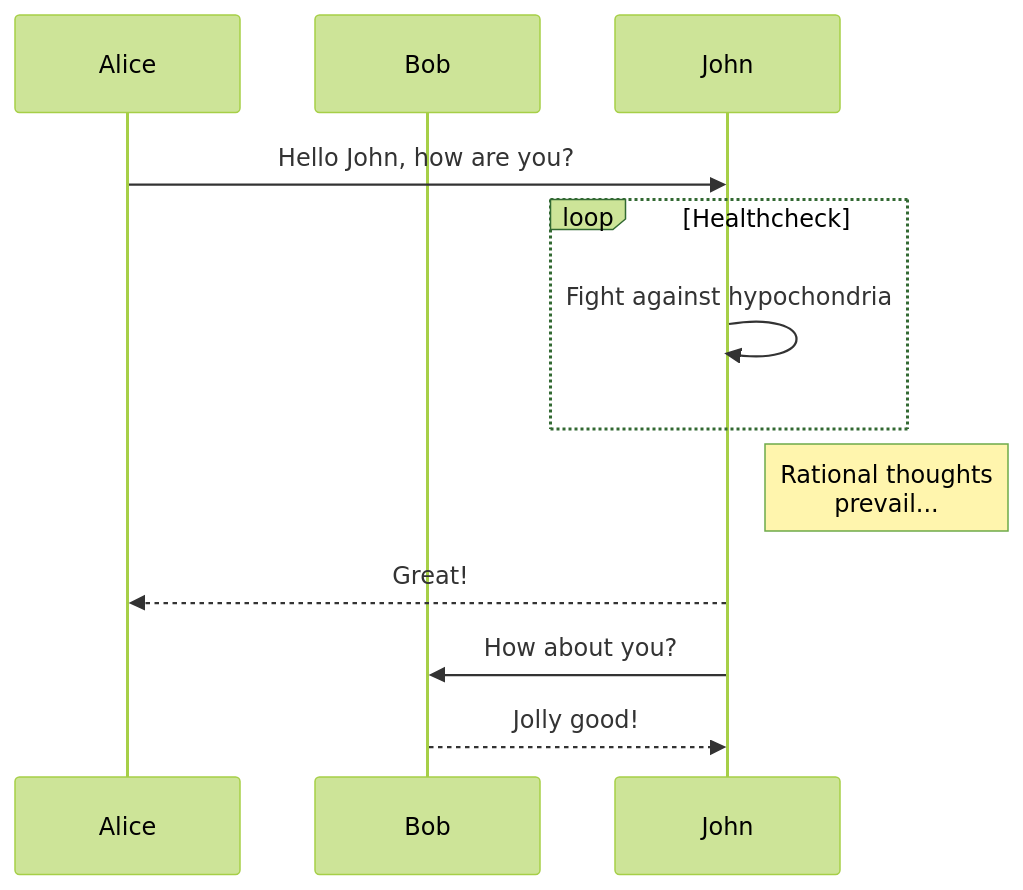
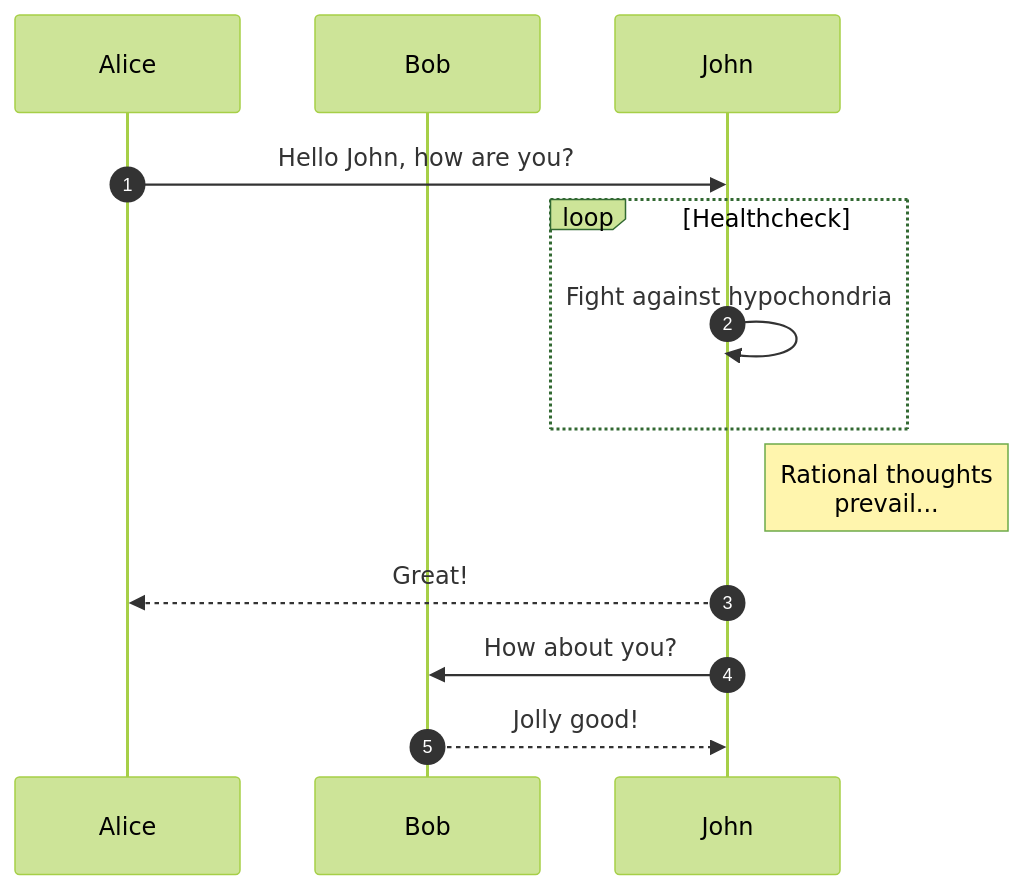
Diagram 33 of 33 in posts/2021/2021-12-09-mermaid-sequence-diagram.md (PasseRR/passerr.github.io), drawn with Mermaid (forest theme) before and after one commit. The commit also changed other lines of this file, not shown here.

Commit message:
序列图序号问题

````diff
--- a/posts/2021/2021-12-09-mermaid-sequence-diagram.md
+++ b/posts/2021/2021-12-09-mermaid-sequence-diagram.md
@@ -477,13 +511,14 @@
 ```mermaid
 sequenceDiagram
+    autonumber
     participant Alice
     participant Bob
     Alice->>John: Hello John, how are you?
     loop Healthcheck
         John->>John: Fight against hypochondria
     end
     Note right of John: Rational thoughts<br/>prevail...
     John-->>Alice: Great!
     John->>Bob: How about you?
     Bob-->>John: Jolly good!
 ```
````
